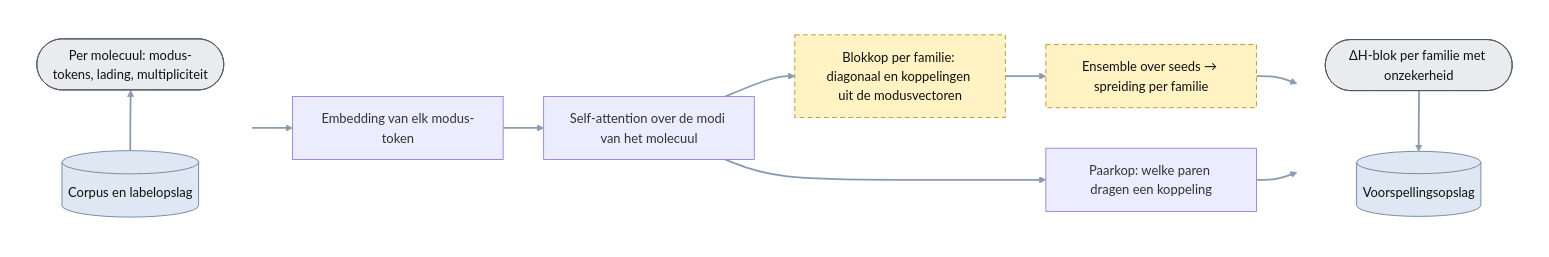
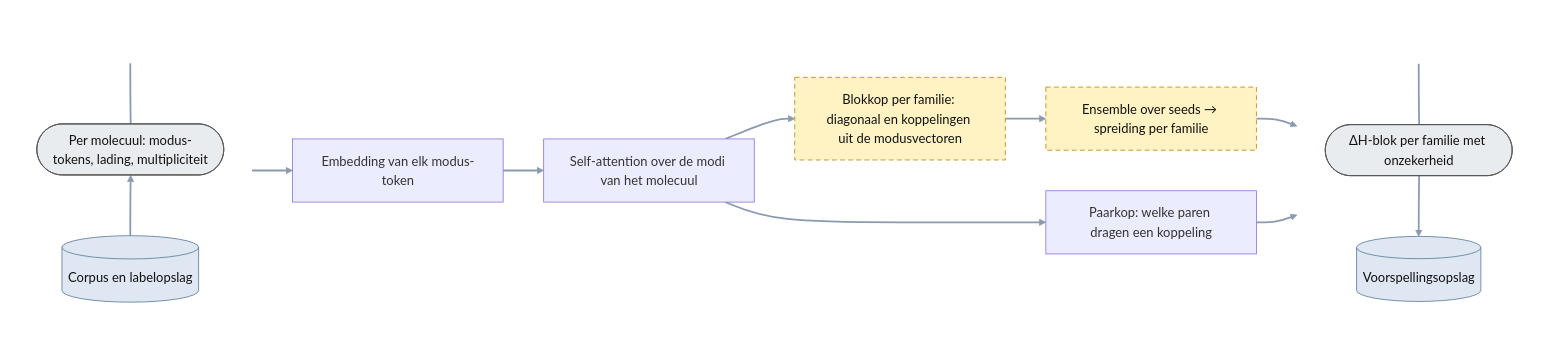
The diagram in plans/05_delta-probed-ir-pipeline/GoalGathering/architecture/40_netwerk_componenten.mmd (thebreadishard/udacity-capstone-plan), drawn with Mermaid before and after one commit. The commit also changed 5 other files, not shown here.

Commit message:
Plan 05 architecture: invisible spacer above each data object so it aligns with the neighbouring step (store below); pipeline sheet without the model store and its data object (steps only)

```diff
--- a/plans/05_delta-probed-ir-pipeline/GoalGathering/architecture/40_netwerk_componenten.mmd
+++ b/plans/05_delta-probed-ir-pipeline/GoalGathering/architecture/40_netwerk_componenten.mmd
@@ -1,30 +1,36 @@
 %% Doelarchitectuur — Componenten van het netwerk (niveau 4). Grotendeels nog niet gebouwd.
 %% Rechthoek = processtap; ronde uiteinden = data-object; cilinder = opslag (onder het data-object). Gestippeld = nog niet gebouwd.
 flowchart LR
   linkStyle default stroke:#8a9bb0,stroke-width:2.2px
   classDef planned stroke-dasharray: 6 4,stroke:#b8860b,fill:#fff3c4,color:#111
   classDef data fill:#e9ecef,stroke:#555,color:#111
   classDef store fill:#dfe7f2,stroke:#5b7a99,color:#111
 
   subgraph IN [" "]
     direction BT
     INP(["Per molecuul: modus-tokens, lading, multipliciteit"]):::data
     CORPUS[("Corpus en labelopslag")]:::store
     CORPUS --> INP
+    SP0[" "]
+    INP ~~~ SP0
   end
+  style SP0 fill:none,stroke:none,color:transparent
   EMB["Embedding van elk modus-token"]
   ENC["Self-attention over de modi van het molecuul"]
   BLK["Blokkop per familie: diagonaal en koppelingen uit de modusvectoren"]:::planned
   PAIR["Paarkop: welke paren dragen een koppeling"]
   UNC["Ensemble over seeds → spreiding per familie"]:::planned
   subgraph OUT [" "]
     direction TB
     OUTB(["ΔH-blok per familie met onzekerheid"]):::data
     STORE[("Voorspellingsopslag")]:::store
     OUTB --> STORE
+    SP1[" "]
+    SP1 ~~~ OUTB
   end
+  style SP1 fill:none,stroke:none,color:transparent
   style IN fill:none,stroke:none
   style OUT fill:none,stroke:none
 
   IN --> EMB --> ENC --> BLK --> UNC --> OUT
   ENC --> PAIR --> OUT
```
